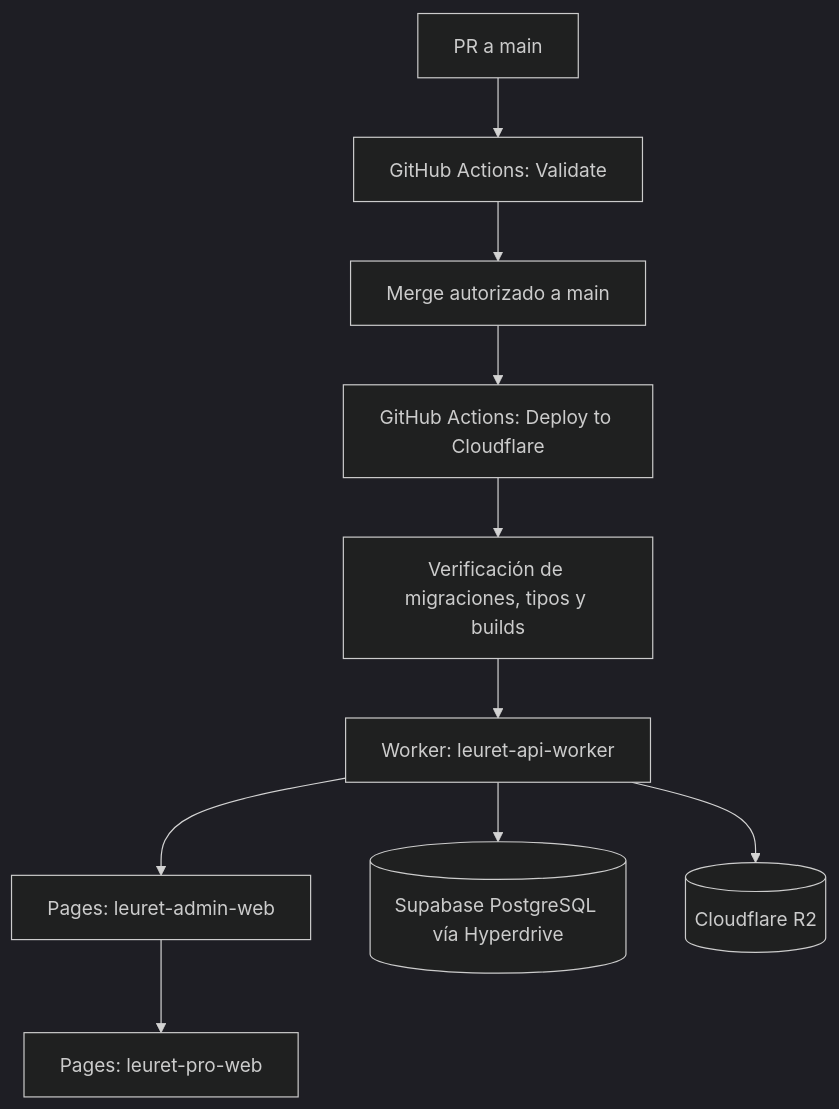
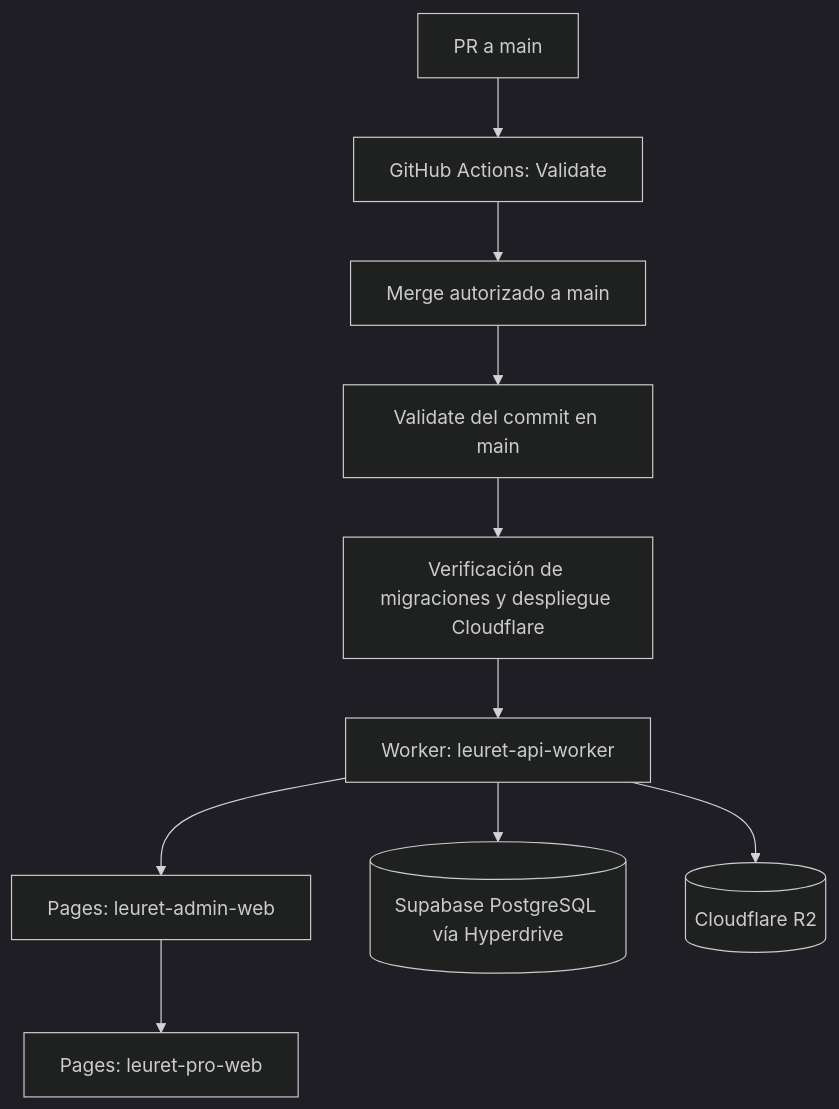
One commit to eteruel21/leuret-app changed the diagram in docs/deployment.md. Above: the diagram before and after it, drawn with Mermaid (dark theme). The commit also changed other lines of this file and 32 other files, not shown here.

```diff
--- a/docs/deployment.md
+++ b/docs/deployment.md
@@ -21,12 +22,12 @@
 ~~~mermaid
 flowchart TD
     A[PR a main] --> B[GitHub Actions: Validate]
     B --> C[Merge autorizado a main]
-    C --> D[GitHub Actions: Deploy to Cloudflare]
-    D --> E[Verificación de migraciones, tipos y builds]
+    C --> D[Validate del commit en main]
+    D --> E[Verificación de migraciones y despliegue Cloudflare]
     E --> F[Worker: leuret-api-worker]
     F --> G[Pages: leuret-admin-web]
     G --> H[Pages: leuret-pro-web]
     F --> I[(Supabase PostgreSQL vía Hyperdrive)]
     F --> J[(Cloudflare R2)]
 ~~~
```
